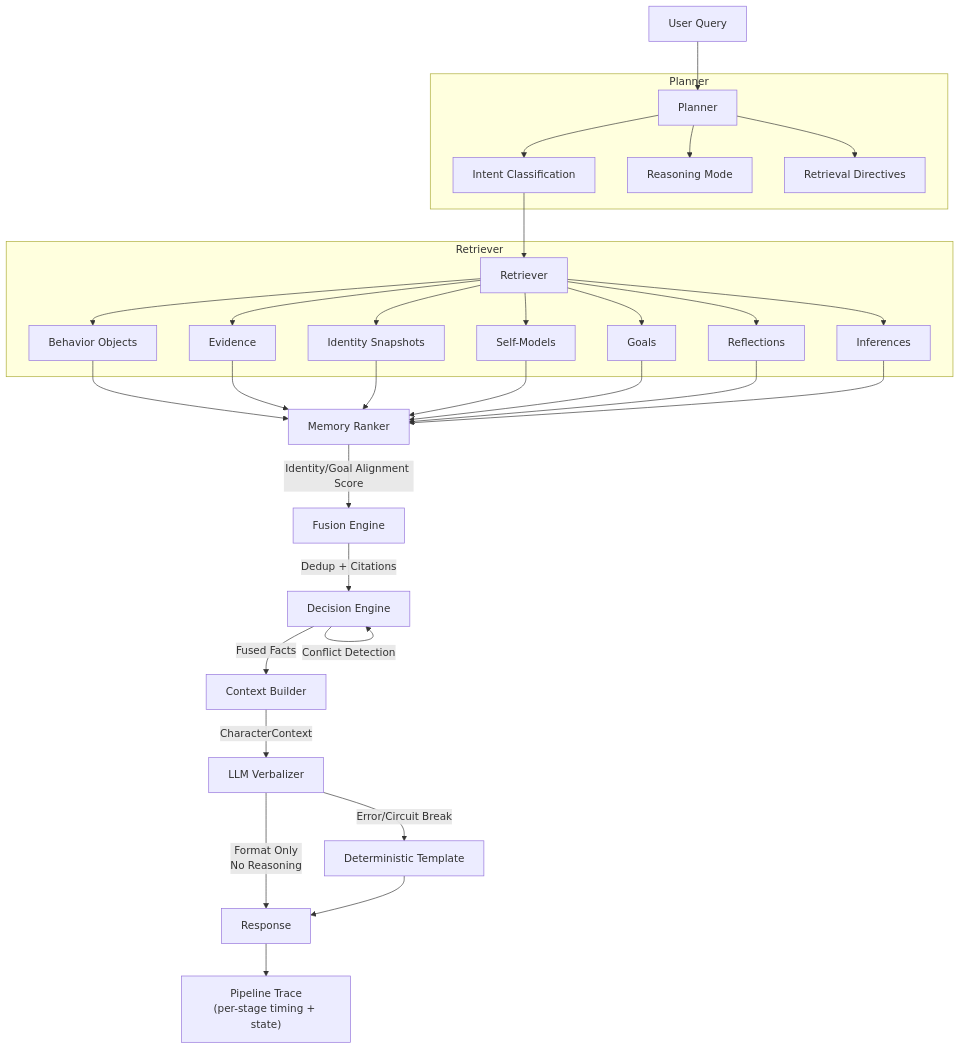
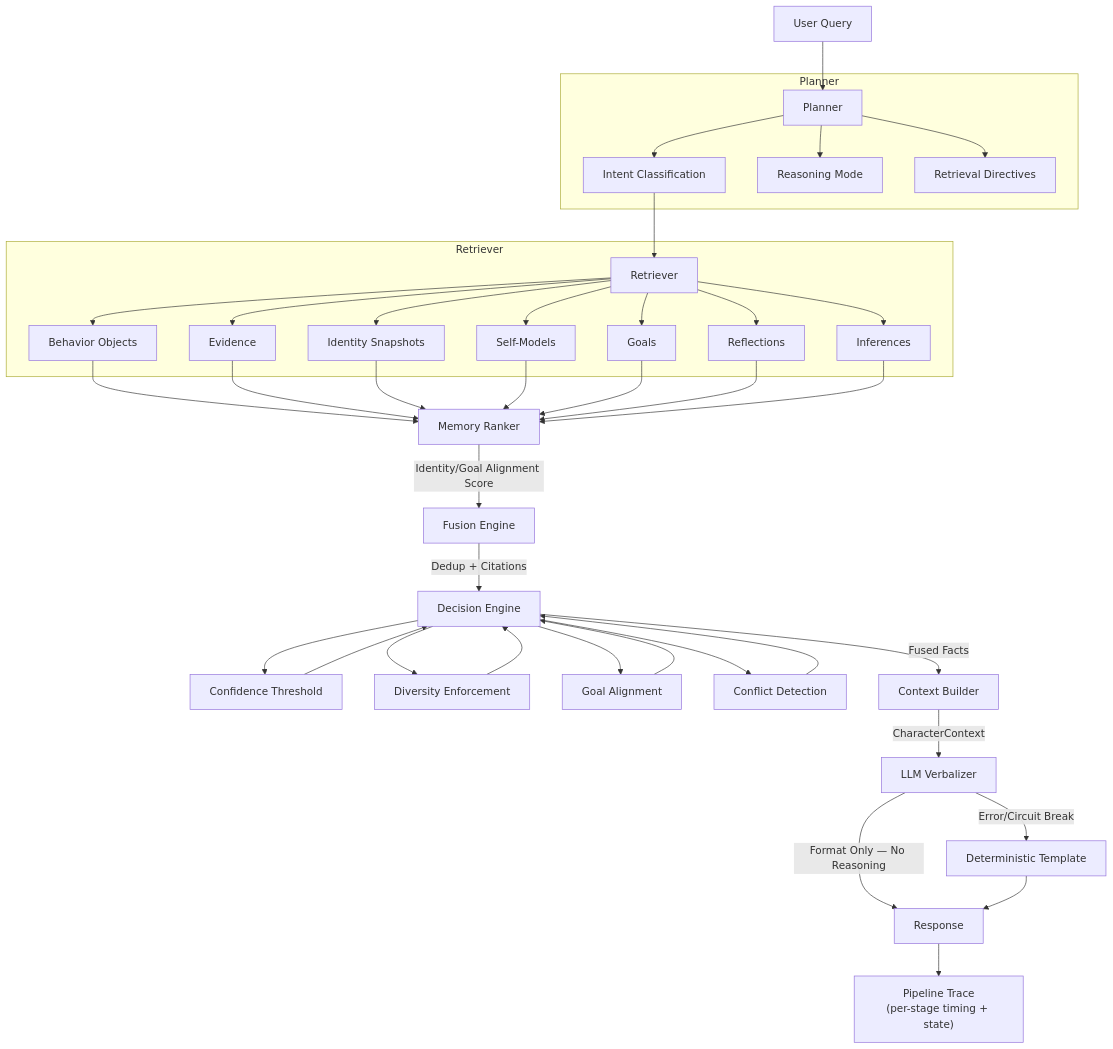
One commit to cnniranjan72/AI-Mirror changed the fourth of 15 diagrams in README.md. Above: the diagram before and after it, drawn with Mermaid. The commit also changed other lines of this file, not shown here.

First line of the commit message:
fix: fix Mermaid diagram rendering issues

````diff
--- a/README.md
+++ b/README.md
@@ -228,48 +228,52 @@
 ```mermaid
 flowchart TB
     QRY[User Query] --> PLAN[Planner]
 
     subgraph "Planner"
         PLAN --> INT[Intent Classification]
         PLAN --> RM[Reasoning Mode]
         PLAN --> RD[Retrieval Directives]
     end
 
     INT --> RET[Retriever]
 
     subgraph "Retriever"
         RET --> BOQ[Behavior Objects]
         RET --> EVQ[Evidence]
         RET --> IDQ[Identity Snapshots]
         RET --> SMQ[Self-Models]
         RET --> GOQ[Goals]
         RET --> RFQ[Reflections]
         RET --> INQ[Inferences]
     end
 
     BOQ --> RANK[Memory Ranker]
     EVQ --> RANK
     IDQ --> RANK
     SMQ --> RANK
     GOQ --> RANK
     RFQ --> RANK
     INQ --> RANK
 
     RANK -->|Identity/Goal Alignment Score| FUSE[Fusion Engine]
     FUSE -->|Dedup + Citations| DEC[Decision Engine]
 
-    DEC -->|Confidence Threshold| DEC
-    DEC -->|Diversity Enforcement| DEC
-    DEC -->|Goal Alignment| DEC
-    DEC -->|Conflict Detection| DEC
+    DEC --> CT[Confidence Threshold]
+    DEC --> DV[Diversity Enforcement]
+    DEC --> GA[Goal Alignment]
+    DEC --> CD[Conflict Detection]
+    CT --> DEC
+    DV --> DEC
+    GA --> DEC
+    CD --> DEC
 
     DEC -->|Fused Facts| CTX[Context Builder]
     CTX -->|CharacterContext| LLMV[LLM Verbalizer]
 
-    LLMV -->|Format Only<br/>No Reasoning| RESP[Response]
+    LLMV -->|"Format Only — No Reasoning"| RESP[Response]
 
     LLMV -->|Error/Circuit Break| FALLBACK[Deterministic Template]
     FALLBACK --> RESP
 
     RESP --> TRACE["Pipeline Trace<br/>(per-stage timing + state)"]
 ```
````
